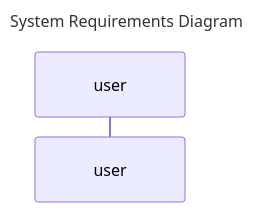
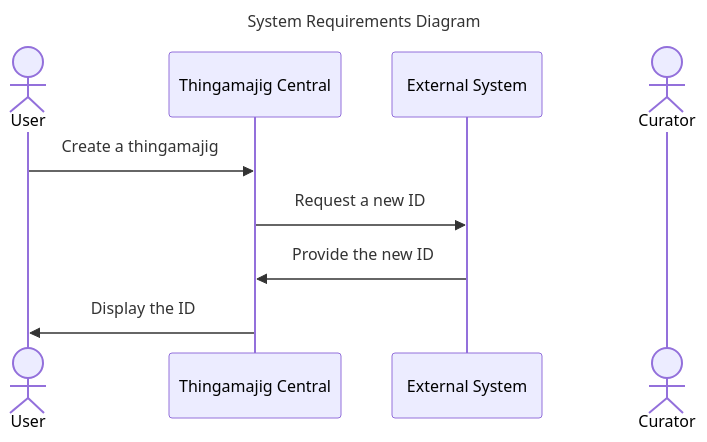
One commit to carolyncole/mermaid-wintersession changed the diagram in lesson1-actors/flow-diagram.md. Above: the diagram before and after it, drawn with Mermaid.

````diff
--- a/lesson1-actors/flow-diagram.md
+++ b/lesson1-actors/flow-diagram.md
@@ -9,9 +9,17 @@
 ```mermaid
 sequenceDiagram
 title  System Requirements Diagram
 accTitle: System Requirements Sequence Diagram
 accDescr: A sequence diagram that shows what interactions we are expecting the system to have
 
-participant user
+actor user as User
+participant system as Thingamajig Central
+participant external as External System
+actor curator as Curator
+
+user->>system: Create a thingamajig
+system ->> external: Request a new ID
+external ->> system: Provide the new ID
+system ->> user: Display the ID
 
 ```
````
